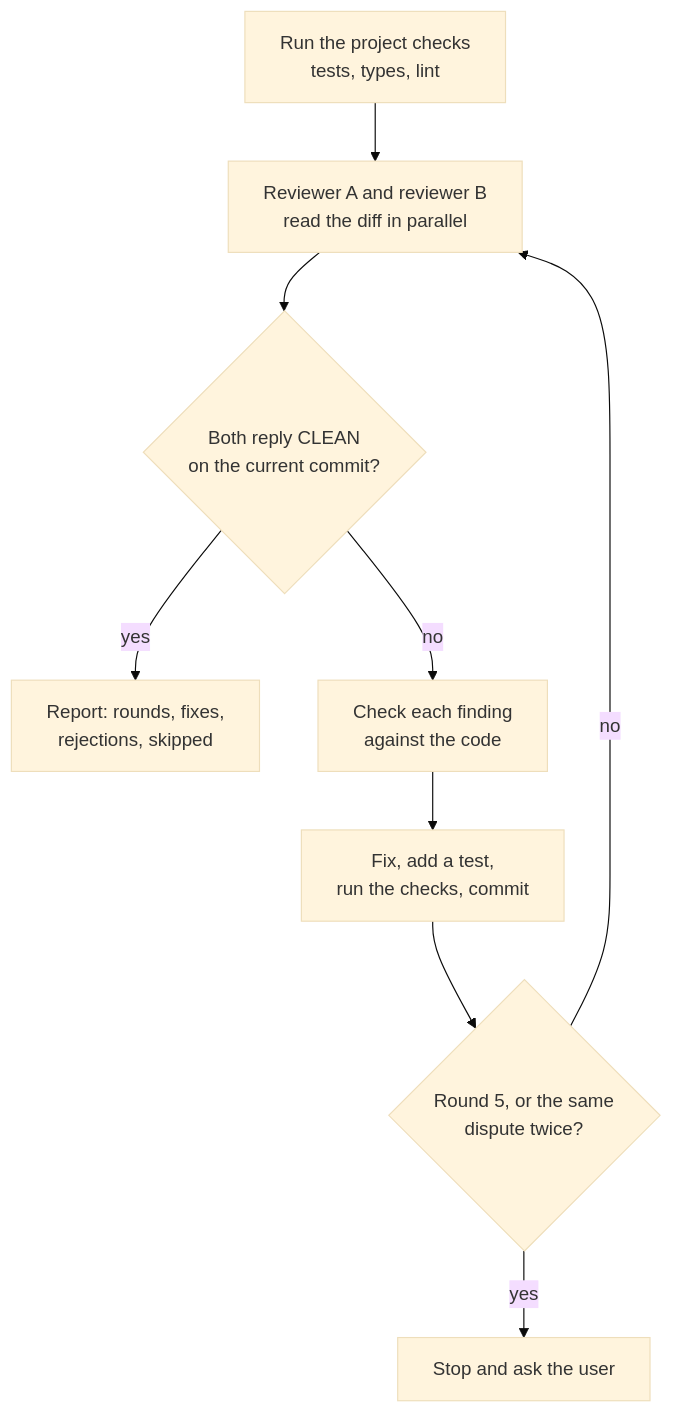
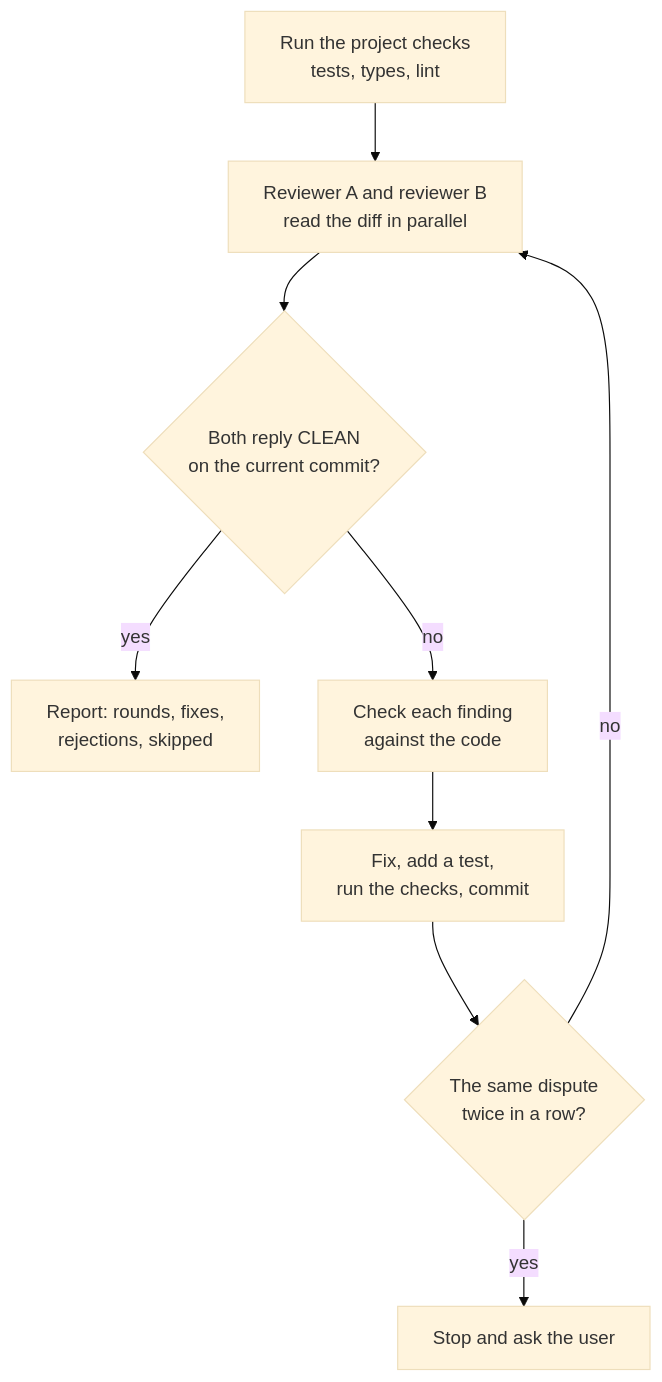
The diagram in review-loop/README.md (1shanpanta/skills), drawn with Mermaid (base theme) before and after one commit. The commit also changed 1 other file, not shown here.

Commit message:
[edit] review-loop has no round cap

````diff
--- a/review-loop/README.md
+++ b/review-loop/README.md
@@ -23,11 +23,11 @@
 ```mermaid
 flowchart TD
     A["Run the project checks<br/>tests, types, lint"] --> B["Reviewer A and reviewer B<br/>read the diff in parallel"]
     B --> C{"Both reply CLEAN<br/>on the current commit?"}
     C -->|yes| D["Report: rounds, fixes,<br/>rejections, skipped"]
     C -->|no| E["Check each finding<br/>against the code"]
     E --> F["Fix, add a test,<br/>run the checks, commit"]
-    F --> G{"Round 5, or the same<br/>dispute twice?"}
+    F --> G{"The same dispute<br/>twice in a row?"}
     G -->|no| B
     G -->|yes| H["Stop and ask the user"]
 ```
````
